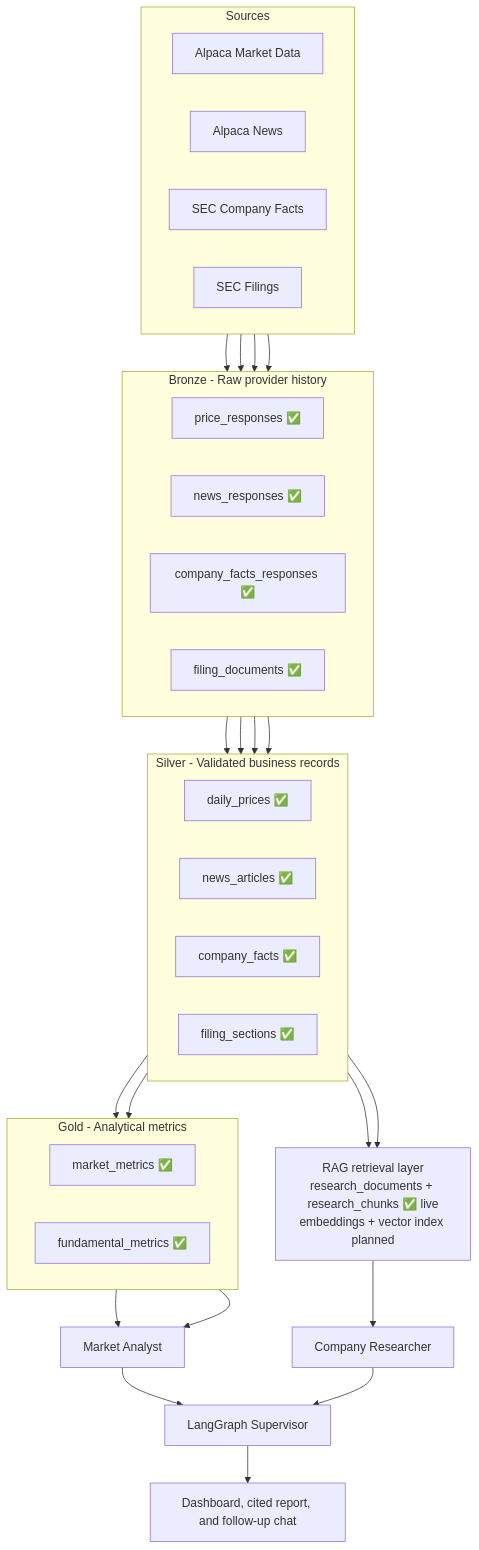
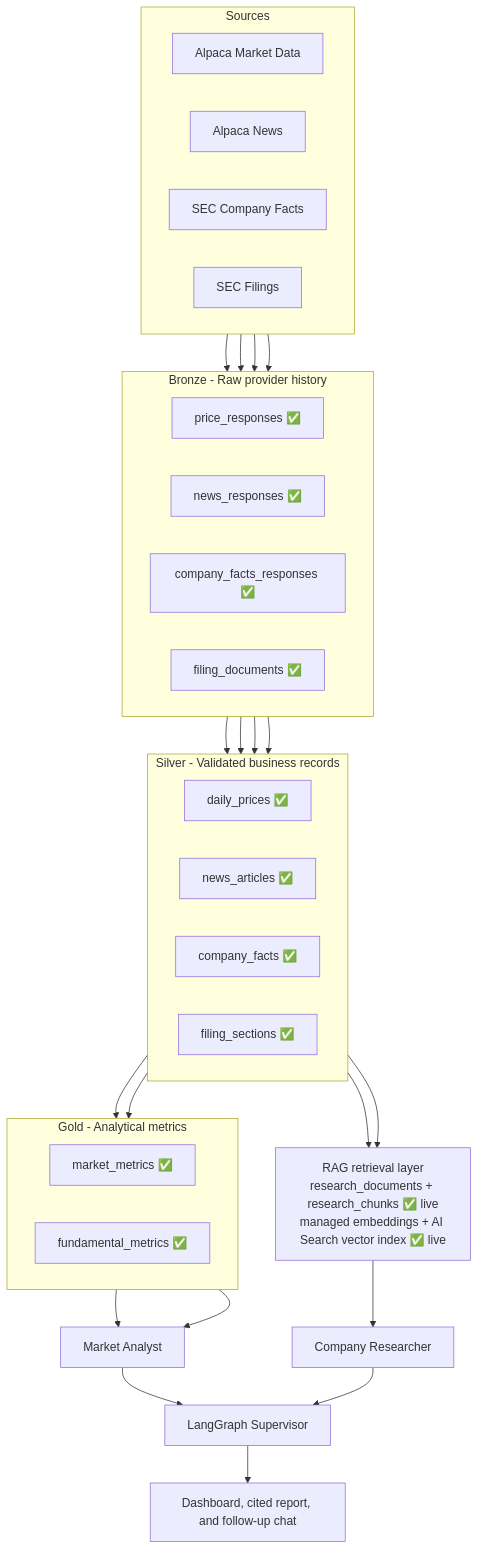
Before and after one commit to maghdam/multi-agent-equity-research-system-on-databricks: the diagram in README.md, drawn with Mermaid. The commit also changed other lines of this file and 5 other files, not shown here.

Commit message:
feat: add managed RAG vector search

````diff
--- a/README.md
+++ b/README.md
@@ -45,46 +45,45 @@
 ```mermaid
 flowchart TB
     subgraph SRC["Sources"]
         direction LR
         A1["Alpaca Market Data"]
         A2["Alpaca News"]
         E1["SEC Company Facts"]
         E2["SEC Filings"]
     end
 
     subgraph B["Bronze - Raw provider history"]
         direction LR
         B1["price_responses ✅"]
         B2["news_responses ✅"]
         B3["company_facts_responses ✅"]
         B4["filing_documents ✅"]
     end
 
     subgraph S["Silver - Validated business records"]
         direction LR
         S1["daily_prices ✅"]
         S2["news_articles ✅"]
         S3["company_facts ✅"]
         S4["filing_sections ✅"]
     end
 
     subgraph G["Gold - Analytical metrics"]
         direction LR
         G1["market_metrics ✅"]
         G2["fundamental_metrics ✅"]
     end
-
-    R["RAG retrieval layer<br/>research_documents + research_chunks ✅ live<br/>embeddings + vector index planned"]
+    R["RAG retrieval layer<br/>research_documents + research_chunks ✅ live<br/>managed embeddings + AI Search vector index ✅ live"]
 
     A1 --> B1 --> S1 --> G1
     A2 --> B2 --> S2 --> R
     E1 --> B3 --> S3 --> G2
     E2 --> B4 --> S4 --> R
 
     G1 --> M["Market Analyst"]
     G2 --> M
     R --> C["Company Researcher"]
     M --> P["LangGraph Supervisor"]
     C --> P
     P --> U["Dashboard, cited report, and follow-up chat"]
 ```
````
